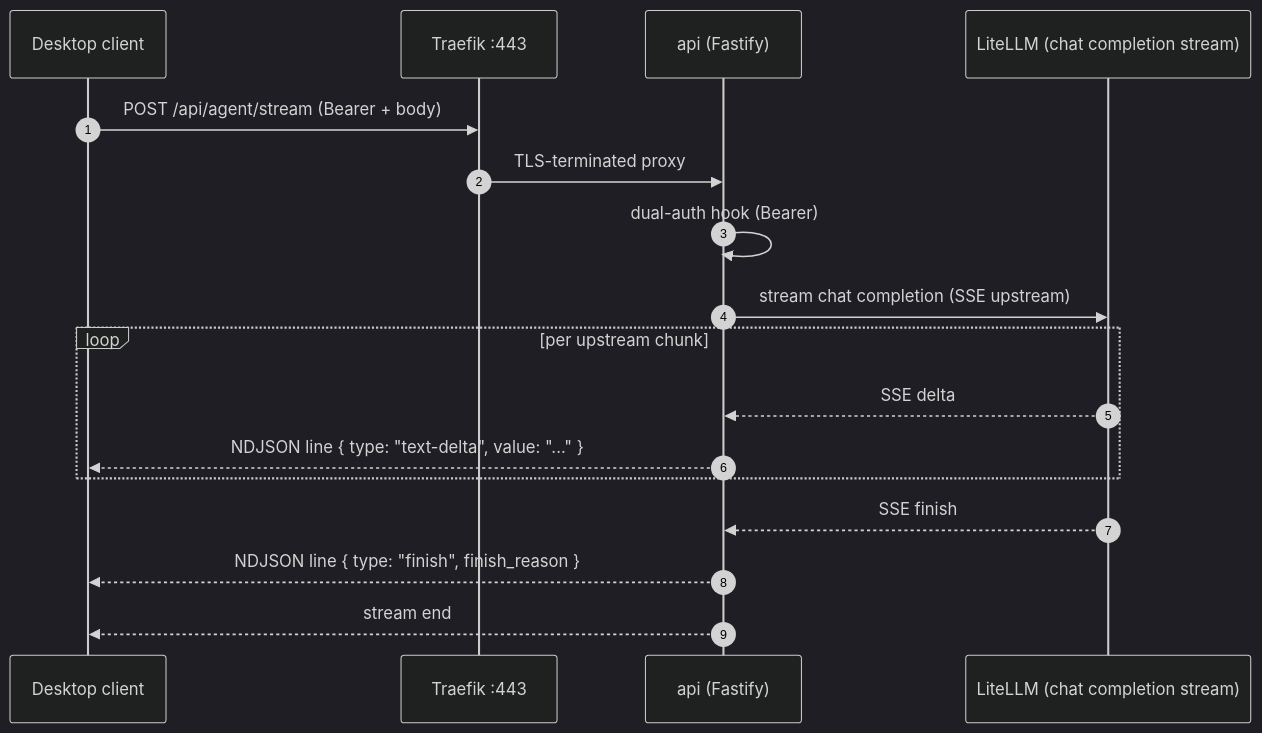
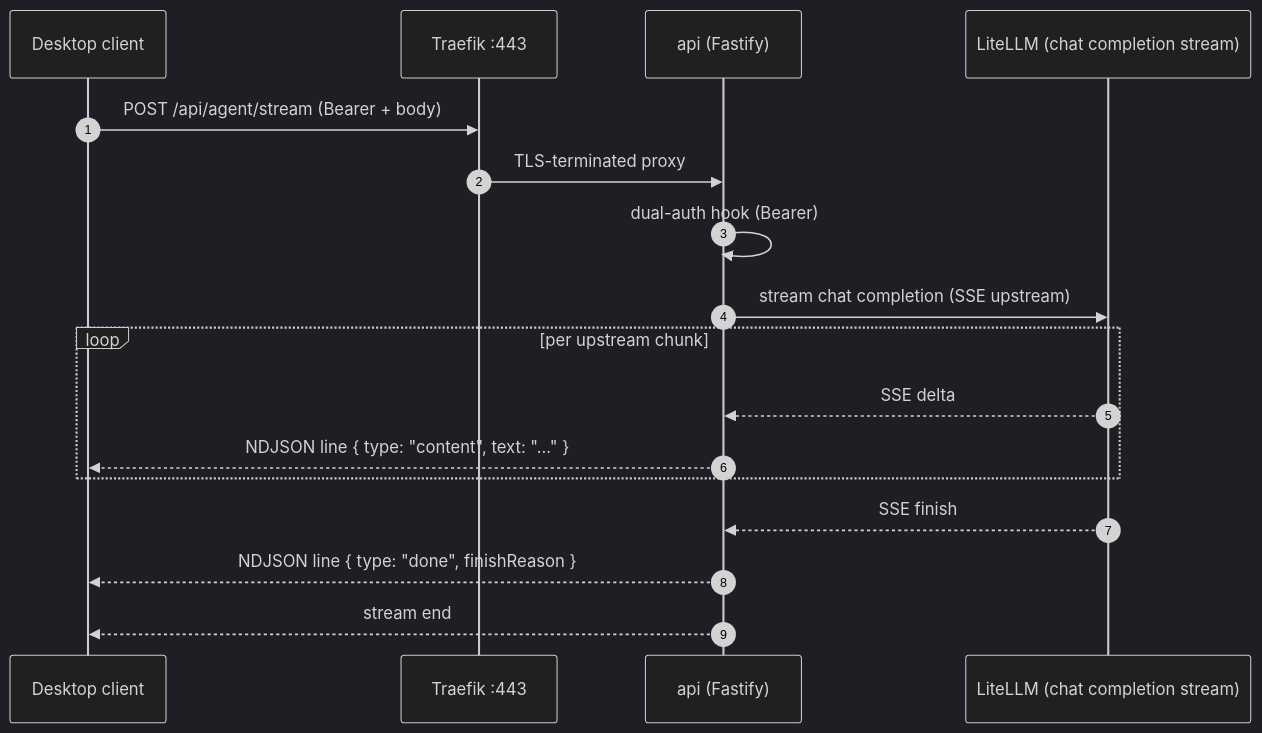
One commit to Yambr/openwhispr-server changed the third of 5 diagrams in docs/architecture.md. Above: the diagram before and after it, drawn with Mermaid (dark theme). The commit also changed other lines of this file and 4 other files, not shown here.

````diff
--- a/docs/architecture.md
+++ b/docs/architecture.md
@@ -156,20 +158,20 @@
 ```mermaid
 sequenceDiagram
   autonumber
   participant D as Desktop client
   participant T as Traefik :443
   participant A as api (Fastify)
   participant L as LiteLLM (chat completion stream)
 
   D->>T: POST /api/agent/stream (Bearer + body)
   T->>A: TLS-terminated proxy
   A->>A: dual-auth hook (Bearer)
   A->>L: stream chat completion (SSE upstream)
   loop per upstream chunk
     L-->>A: SSE delta
-    A-->>D: NDJSON line { type: "text-delta", value: "..." }
+    A-->>D: NDJSON line { type: "content", text: "..." }
   end
   L-->>A: SSE finish
-  A-->>D: NDJSON line { type: "finish", finish_reason }
+  A-->>D: NDJSON line { type: "done", finishReason }
   A-->>D: stream end
 ```
````
